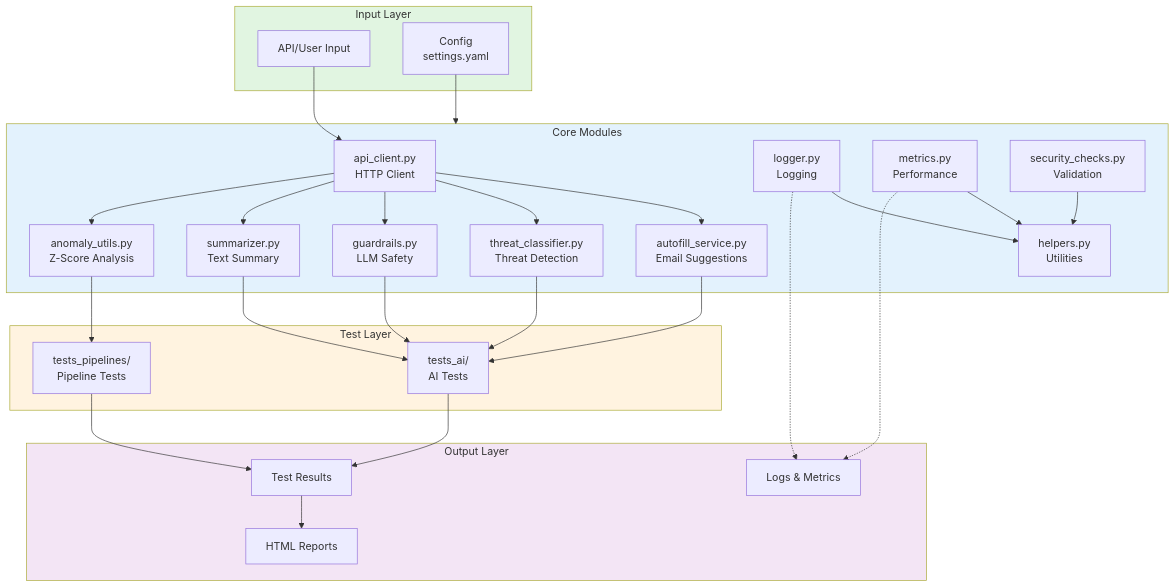
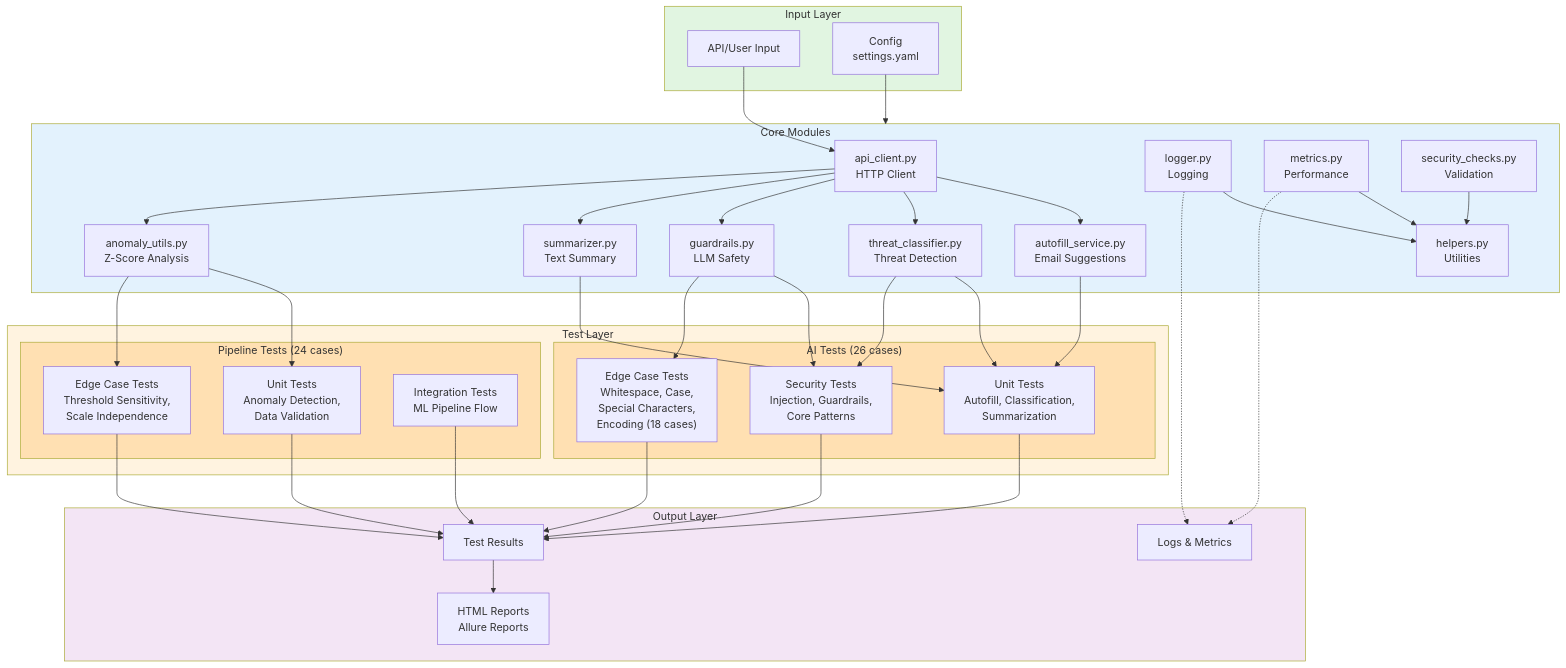
One commit to steadhac/ai-threat-analytics-framework changed the diagram in README.md. Above: the diagram before and after it, drawn with Mermaid. The commit also changed other lines of this file, not shown here.

Commit message:
Update architecture diagram to show 50+ test cases with edge case testing breakdown

````diff
--- a/README.md
+++ b/README.md
@@ -31,61 +30,80 @@
 ```mermaid
 graph TB
     subgraph Input["Input Layer"]
         API["API/User Input"]
         Config["Config<br/>settings.yaml"]
     end
 
     subgraph Core["Core Modules"]
         AC["api_client.py<br/>HTTP Client"]
         Helper["helpers.py<br/>Utilities"]
         Logger["logger.py<br/>Logging"]
         Metrics["metrics.py<br/>Performance"]
         SecCheck["security_checks.py<br/>Validation"]
         
         AF["autofill_service.py<br/>Email Suggestions"]
         TC["threat_classifier.py<br/>Threat Detection"]
         GR["guardrails.py<br/>LLM Safety"]
         Sum["summarizer.py<br/>Text Summary"]
         AD["anomaly_utils.py<br/>Z-Score Analysis"]
     end
 
     subgraph Testing["Test Layer"]
-        TA["tests_ai/<br/>AI Tests"]
-        TP["tests_pipelines/<br/>Pipeline Tests"]
+        subgraph AITests["AI Tests (26 cases)"]
+            TAUnit["Unit Tests<br/>Autofill, Classification,<br/>Summarization"]
+            TASecurity["Security Tests<br/>Injection, Guardrails,<br/>Core Patterns"]
+            TAEdge["Edge Case Tests<br/>Whitespace, Case,<br/>Special Characters,<br/>Encoding (18 cases)"]
+        end
+        
+        subgraph PipelineTests["Pipeline Tests (24 cases)"]
+            TPUnit["Unit Tests<br/>Anomaly Detection,<br/>Data Validation"]
+            TPEdge["Edge Case Tests<br/>Threshold Sensitivity,<br/>Scale Independence"]
+            TPInteg["Integration Tests<br/>ML Pipeline Flow"]
+        end
     end
 
     subgraph Output["Output Layer"]
         Results["Test Results"]
-        Reports["HTML Reports"]
+        Reports["HTML Reports<br/>Allure Reports"]
         Logs["Logs & Metrics"]
     end
 
     API --> AC
     Config --> Core
     Logger --> Helper
     Metrics --> Helper
     SecCheck --> Helper
     
     AC --> AF
     AC --> TC
     AC --> GR
     AC --> Sum
     AC --> AD
     
-    AF --> TA
-    TC --> TA
-    GR --> TA
-    Sum --> TA
-    AD --> TP
+    AF --> TAUnit
+    TC --> TAUnit
+    TC --> TASecurity
+    GR --> TASecurity
+    GR --> TAEdge
+    Sum --> TAUnit
+    AD --> TPUnit
+    AD --> TPEdge
     
-    TA --> Results
-    TP --> Results
+    TAUnit --> Results
+    TASecurity --> Results
+    TAEdge --> Results
+    TPUnit --> Results
+    TPEdge --> Results
+    TPInteg --> Results
+    
     Results --> Reports
     Logger -.-> Logs
     Metrics -.-> Logs
 
     style Input fill:#e1f5e1
     style Core fill:#e3f2fd
     style Testing fill:#fff3e0
+    style AITests fill:#ffe0b2
+    style PipelineTests fill:#ffe0b2
     style Output fill:#f3e5f5
 ```
````
